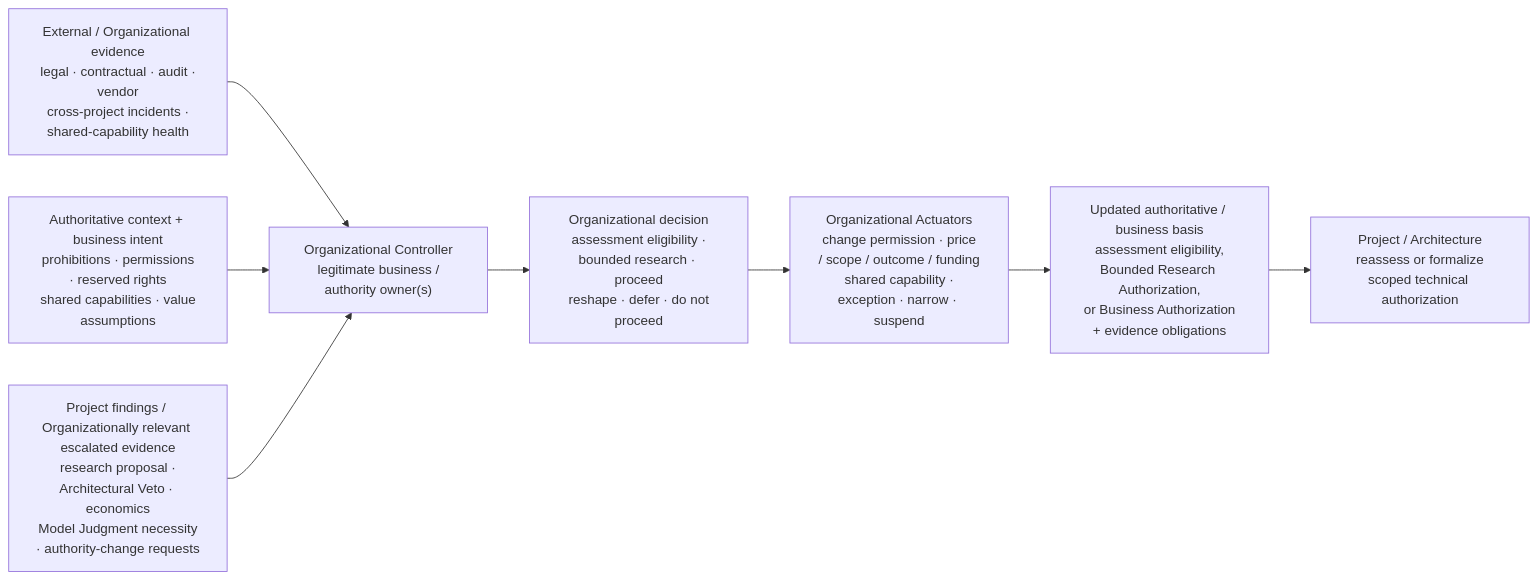
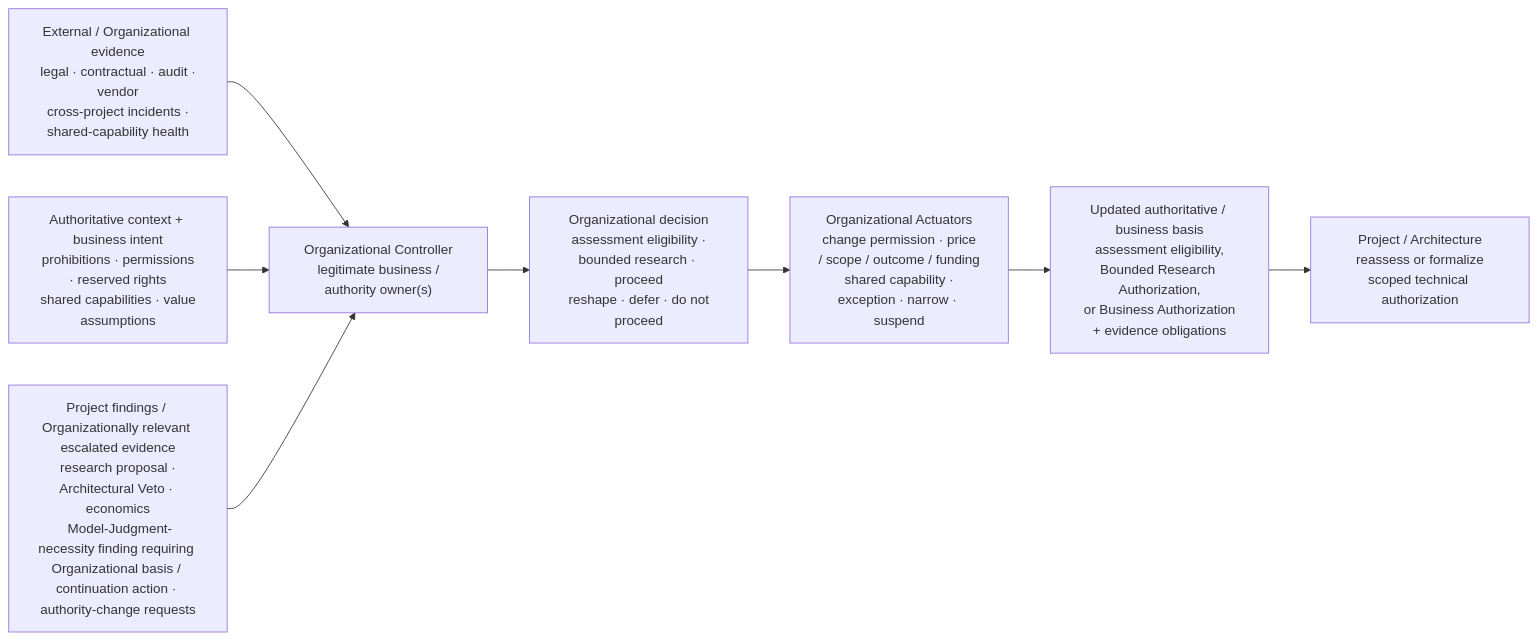
Before and after one commit to UncertaintyArchitectureGroup/uncertainty-architecture: the tenth of 15 diagrams in content/research/notes/open-engineering-specification-article-draft.md, drawn with Mermaid. The commit also changed 1 other file, not shown here.

Commit message:
Finish Article 4 ownership propagation

````diff
--- a/content/research/notes/open-engineering-specification-article-draft.md
+++ b/content/research/notes/open-engineering-specification-article-draft.md
@@ -632,16 +632,16 @@
 ```mermaid
 flowchart LR
     EXT["External / Organizational evidence<br/> legal · contractual · audit · vendor<br/> cross-project incidents · shared-capability health"]
     AUTH["Authoritative context + business intent<br/> prohibitions · permissions · reserved rights<br/> shared capabilities · value assumptions"]
-    LOW["Project findings / Organizationally relevant escalated evidence<br/> research proposal · Architectural Veto · economics<br/> Model Judgment necessity · authority-change requests"]
+    LOW["Project findings / Organizationally relevant escalated evidence<br/> research proposal · Architectural Veto · economics<br/> Model-Judgment-necessity finding requiring Organizational basis / continuation action · authority-change requests"]
     C["Organizational Controller<br/> legitimate business / authority owner(s)"]
     D["Organizational decision<br/> assessment eligibility · bounded research · proceed<br/> reshape · defer · do not proceed"]
     A["Organizational Actuators<br/> change permission · price / scope / outcome / funding<br/> shared capability · exception · narrow · suspend"]
     OUT["Updated authoritative / business basis<br/> assessment eligibility, Bounded Research Authorization,<br/> or Business Authorization + evidence obligations"]
     P["Project / Architecture<br/> reassess or formalize scoped technical authorization"]
 
     EXT --> C
     AUTH --> C
     LOW --> C
     C --> D --> A --> OUT --> P
 ```
````
